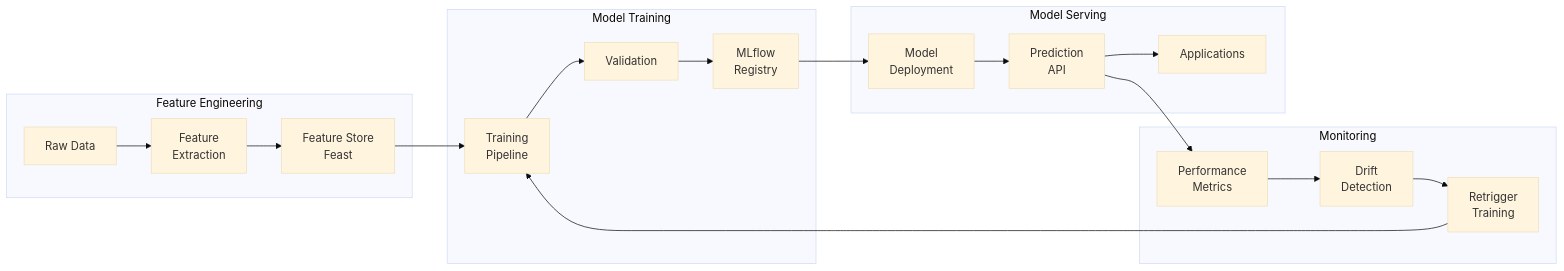
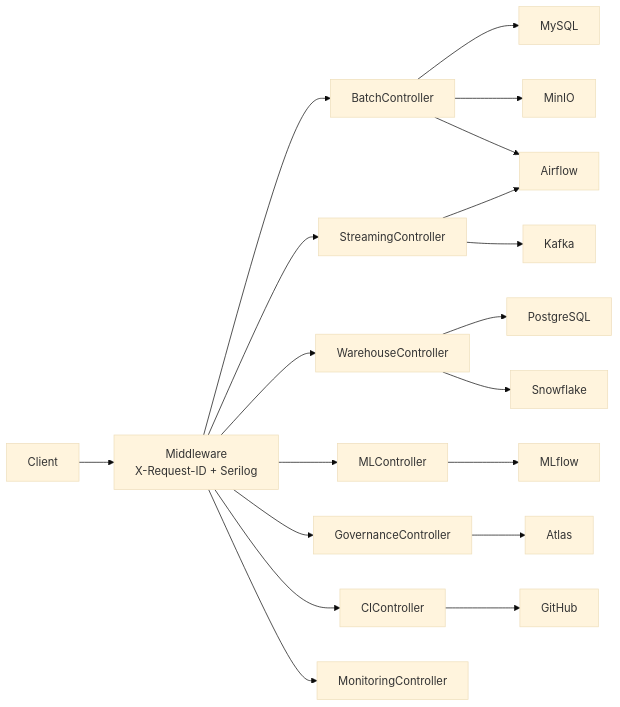
One commit to sherwin-casem/Sherwin-E2E-Data-Platform changed the third of 3 diagrams in README.md. Above: the diagram before and after it, drawn with Mermaid (base theme). The commit also changed other lines of this file and 138 other files, not shown here.

First line of the commit message:
feat: add infrastructure, configuration, and deployment files for multi-cloud E2E pipeline; update code style and dependencies

````diff
--- a/README.md
+++ b/README.md
@@ -328,27 +309,17 @@
 ```mermaid
-flowchart LR
-    subgraph "Feature Engineering"
-        RAW[Raw Data] --> FE[Feature<br/>Extraction]
-        FE --> FS[Feature Store<br/>Feast]
-    end
-
-    subgraph "Model Training"
-        FS --> TRAIN[Training<br/>Pipeline]
-        TRAIN --> VAL[Validation]
-        VAL --> MLF[MLflow<br/>Registry]
-    end
-
-    subgraph "Model Serving"
-        MLF --> DEPLOY[Model<br/>Deployment]
-        DEPLOY --> API[Prediction<br/>API]
-        API --> APP[Applications]
-    end
-
-    subgraph "Monitoring"
-        API --> METRICS[Performance<br/>Metrics]
-        METRICS --> DRIFT[Drift<br/>Detection]
-        DRIFT --> RETRAIN[Retrigger<br/>Training]
-    end
-
-    RETRAIN --> TRAIN
+graph LR
+    C[Client] --> MW[Middleware<br/>X-Request-ID + Serilog]
+    MW --> BC[BatchController]
+    MW --> SC[StreamingController]
+    MW --> WC[WarehouseController]
+    MW --> MC[MLController]
+    MW --> GC[GovernanceController]
+    MW --> CC[CIController]
+    MW --> HC[MonitoringController]
+    BC --> MySQL & MinIO & Airflow
+    SC --> Kafka & Airflow
+    WC --> PostgreSQL & Snowflake
+    MC --> MLflow
+    GC --> Atlas
+    CC --> GitHub
 ```
````
